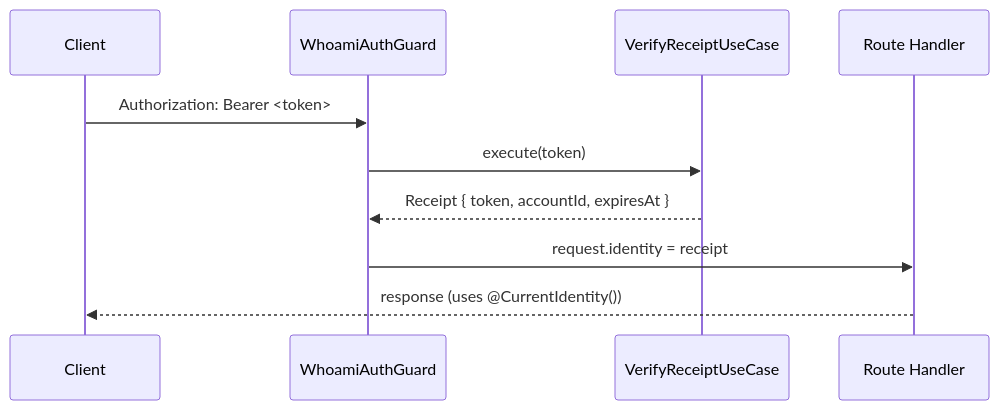
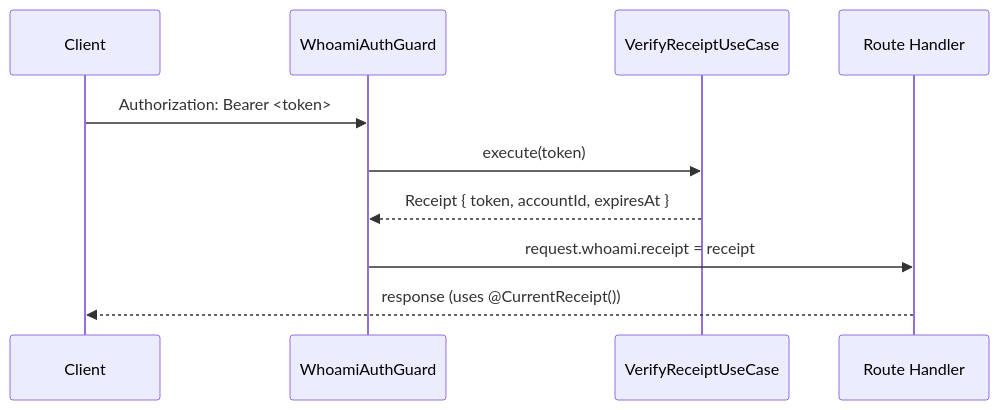
One commit to odysseon/whoami changed the first of 2 diagrams in docs/type-model.md. Above: the diagram before and after it, drawn with Mermaid. The commit also changed other lines of this file and 210 other files, not shown here.

````diff
--- a/docs/type-model.md
+++ b/docs/type-model.md
@@ -39,13 +39,13 @@
 ```mermaid
 sequenceDiagram
     participant Client
     participant Guard as WhoamiAuthGuard
     participant VerifyUC as VerifyReceiptUseCase
     participant Handler as Route Handler
 
     Client->>Guard: Authorization: Bearer <token>
     Guard->>VerifyUC: execute(token)
     VerifyUC-->>Guard: Receipt { token, accountId, expiresAt }
-    Guard->>Handler: request.identity = receipt
-    Handler-->>Client: response (uses @CurrentIdentity())
+    Guard->>Handler: request.whoami.receipt = receipt
+    Handler-->>Client: response (uses @CurrentReceipt())
 ```
````
